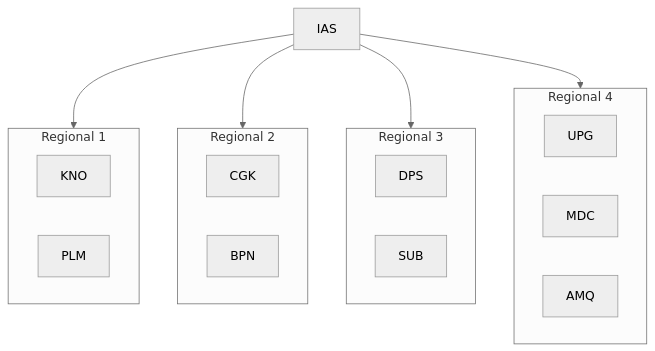
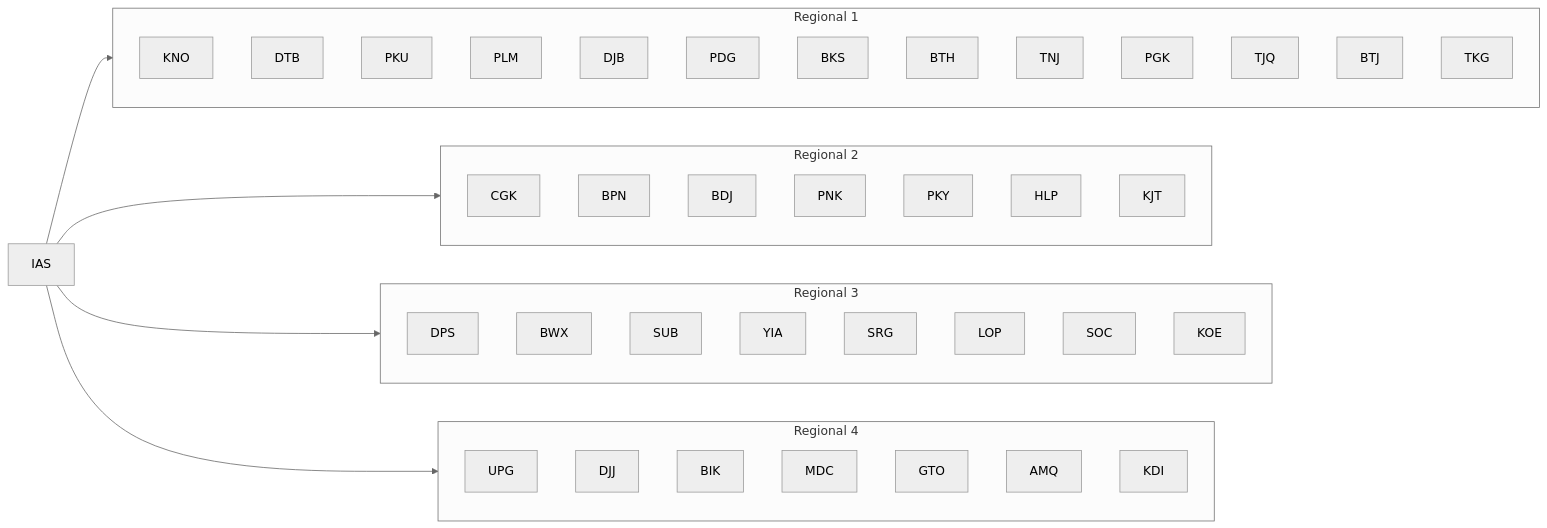
Before and after one commit to linheriawan/ofm: the third of 3 diagrams in DOCS/example_org_structure.md, drawn with Mermaid (neutral theme). The commit also changed other lines of this file and 46 other files, not shown here.

````diff
--- a/DOCS/example_org_structure.md
+++ b/DOCS/example_org_structure.md
@@ -141,28 +214,54 @@
 ```mermaid
-flowchart TD
+flowchart LR
 subgraph R1[Regional 1]
-    direction LR
+    direction TB
     KNO
+    DTB
+    PKU
     PLM
+    DJB
+    PDG
+    BKS
+    BTH
+    TNJ
+    PGK
+    TJQ
+    BTJ
+    TKG
 end
 subgraph R2[Regional 2]
-    direction LR
+    direction TB
     CGK
     BPN
+    BDJ
+    PNK
+    PKY
+    HLP
+    KJT
 end
 subgraph R3[Regional 3]
-    direction LR
+    direction TB
     DPS
+    BWX
     SUB
+    YIA
+    SRG
+    LOP
+    SOC
+    KOE
 end
 subgraph R4[Regional 4]
-    direction LR
+    direction TB
     UPG
+    DJJ
+    BIK
     MDC
+    GTO
     AMQ
+    KDI
 end
 IAS --> R1
 IAS --> R2
 IAS --> R3
 IAS --> R4
 ```
````
